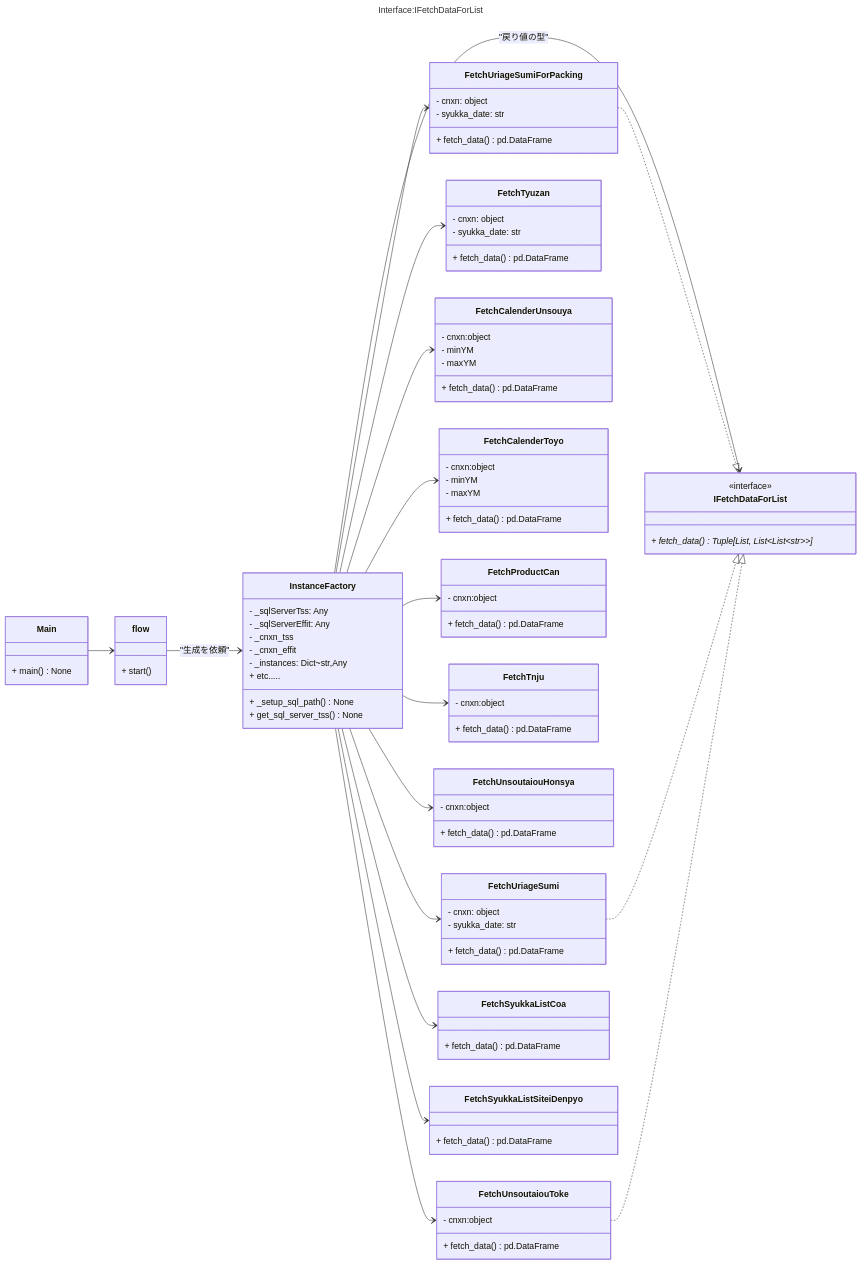
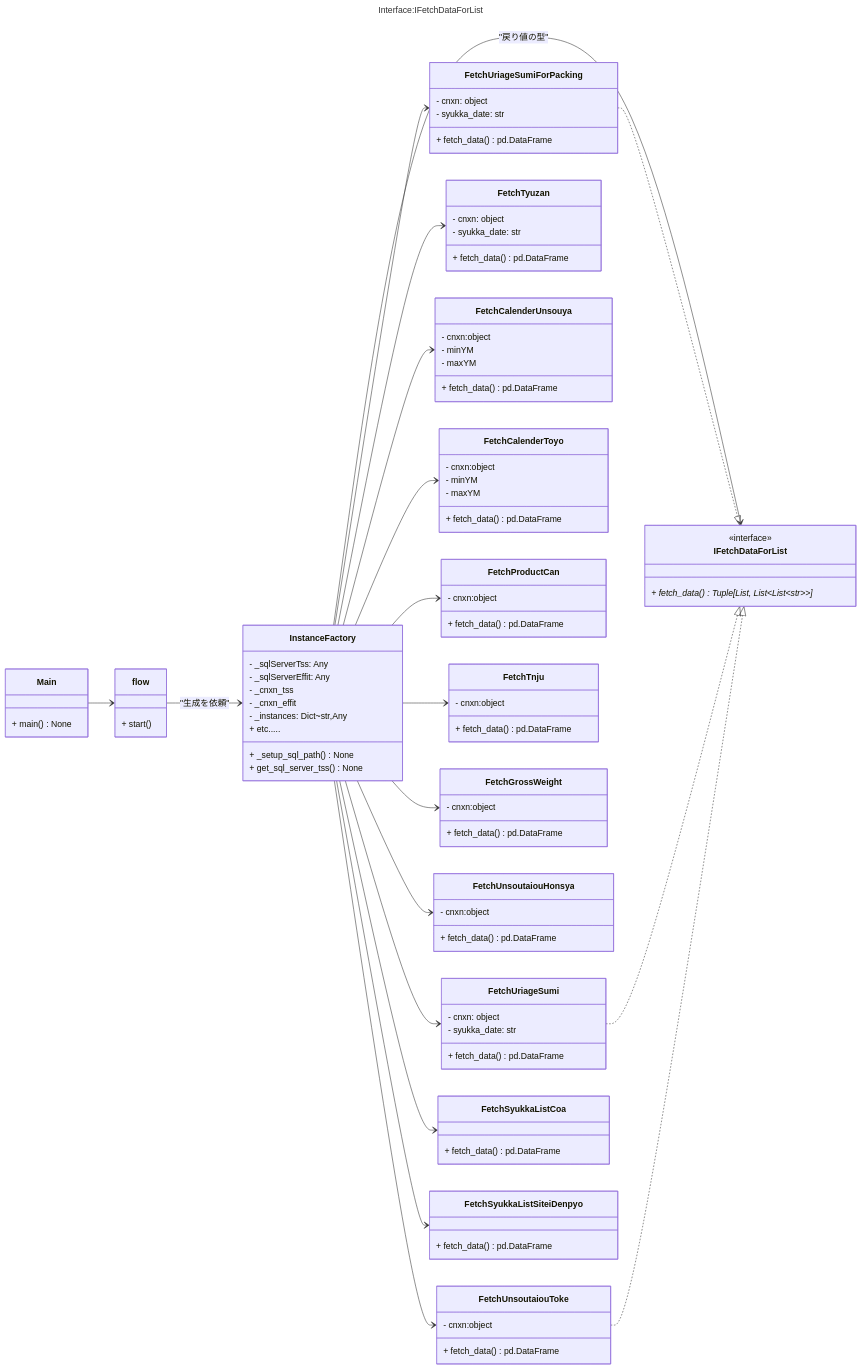
One commit to ogashira/tss_syukka changed the first of 2 diagrams in tss_syukka.md. Above: the diagram before and after it, drawn with Mermaid. The commit also changed other lines of this file and 4 other files, not shown here.

```diff
--- a/tss_syukka.md
+++ b/tss_syukka.md
@@ -116,6 +115,10 @@
     - cnxn:object
     + fetch_data()pd.DataFrame
 }
+class FetchGrossWeight{
+    - cnxn:object
+    + fetch_data()pd.DataFrame
+}
 class FetchUnsoutaiouHonsya{
     - cnxn:object
     + fetch_data()pd.DataFrame
@@ -141,6 +144,7 @@
 InstanceFactory --> FetchCalenderToyo
 InstanceFactory --> FetchProductCan
 InstanceFactory --> FetchTnju
+InstanceFactory --> FetchGrossWeight
 InstanceFactory --> FetchUnsoutaiouHonsya
 InstanceFactory --> FetchUnsoutaiouToke
 InstanceFactory --> FetchSyukkaListCoa
```
